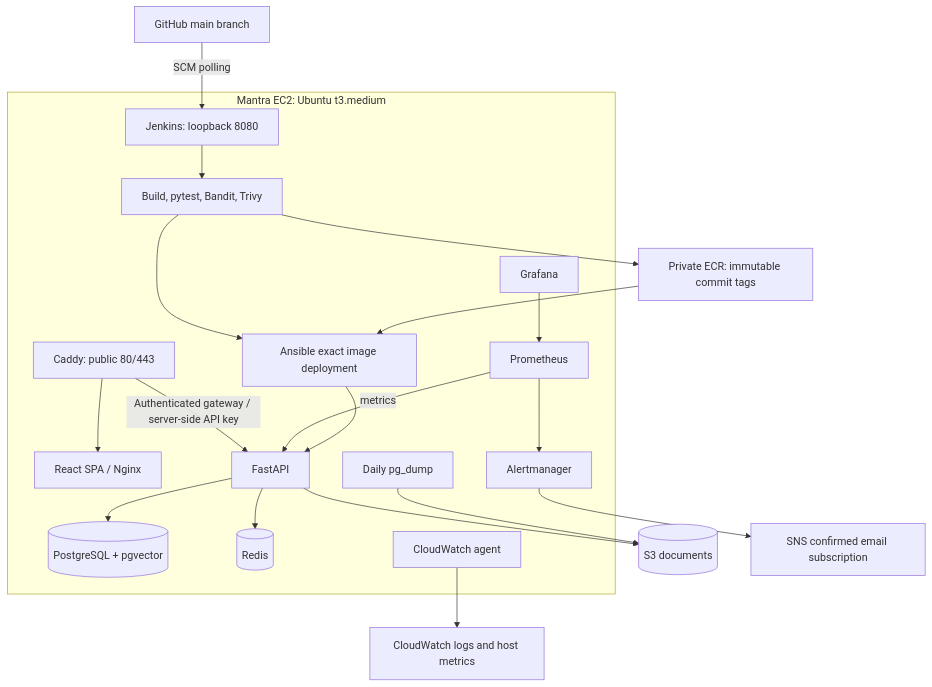
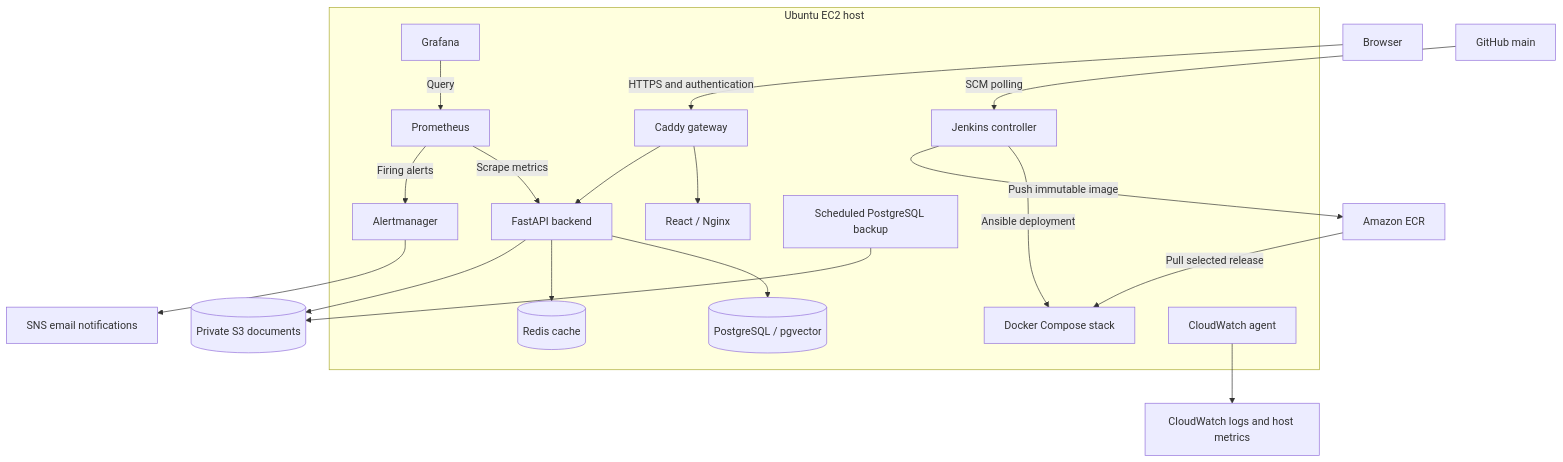
One commit to gaaarrrgiiiiiiiiiii/Mantra-devops- changed the first of 2 diagrams in README.md. Above: the diagram before and after it, drawn with Mermaid. The commit also changed other lines of this file, not shown here.

Commit message:
Document Mantra features, architecture and DevOps operations

````diff
--- a/README.md
+++ b/README.md
@@ -11,24 +27,23 @@
 ```mermaid
 flowchart TD
-    GitHub[GitHub main branch] -->|SCM polling| Jenkins
-    subgraph Host[Mantra EC2: Ubuntu t3.medium]
-        Jenkins[Jenkins: loopback 8080] --> Tests[Build, pytest, Bandit, Trivy]
-        Tests --> Deploy[Ansible exact image deployment]
-        Caddy[Caddy: public 80/443] --> Frontend[React SPA / Nginx]
-        Caddy -->|Authenticated gateway / server-side API key| API[FastAPI]
-        API --> Postgres[(PostgreSQL + pgvector)]
-        API --> Redis[(Redis)]
-        Prometheus -->|metrics| API
-        Grafana --> Prometheus
-        Prometheus --> Alertmanager
+    User[Browser] -->|HTTPS and authentication| Gateway[Caddy gateway]
+    subgraph EC2[Ubuntu EC2 host]
+        Gateway --> Frontend[React / Nginx]
+        Gateway --> API[FastAPI backend]
+        API --> DB[(PostgreSQL / pgvector)]
+        API --> Redis[(Redis cache)]
+        Prometheus -->|Scrape metrics| API
+        Grafana -->|Query| Prometheus
+        Prometheus -->|Firing alerts| Alertmanager
+        Jenkins[Jenkins controller] -->|Ansible deployment| Stack[Docker Compose stack]
         Agent[CloudWatch agent]
-        Backup[Daily pg_dump]
+        Backup[Scheduled PostgreSQL backup]
     end
-    Tests --> ECR[Private ECR: immutable commit tags]
-    ECR --> Deploy
-    Deploy --> API
-    API --> S3[(S3 documents)]
+    API --> S3[(Private S3 documents)]
     Backup --> S3
-    Alertmanager --> SNS[SNS confirmed email subscription]
-    Agent --> CloudWatch[CloudWatch logs and host metrics]
+    Alertmanager --> SNS[SNS email notifications]
+    Agent --> Logs[CloudWatch logs and host metrics]
+    GitHub[GitHub main] -->|SCM polling| Jenkins
+    Jenkins -->|Push immutable image| ECR[Amazon ECR]
+    ECR -->|Pull selected release| Stack
 ```
````
